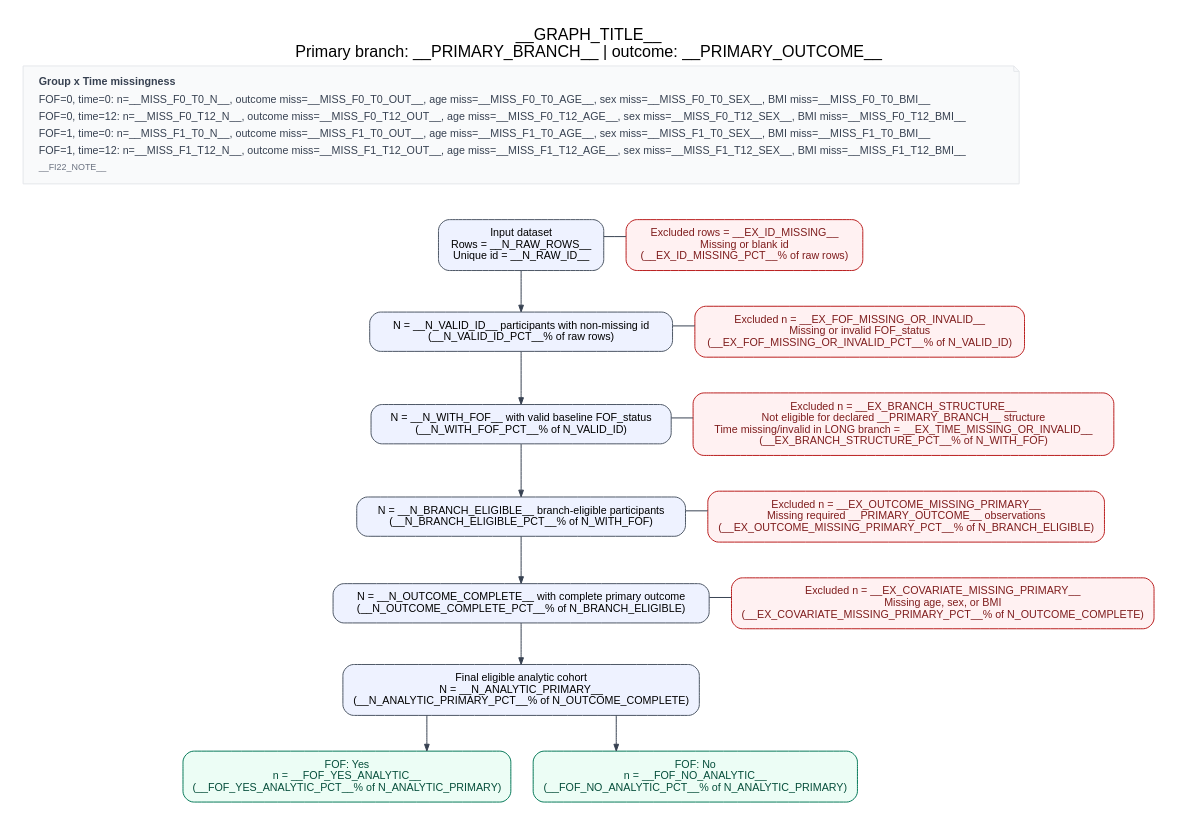
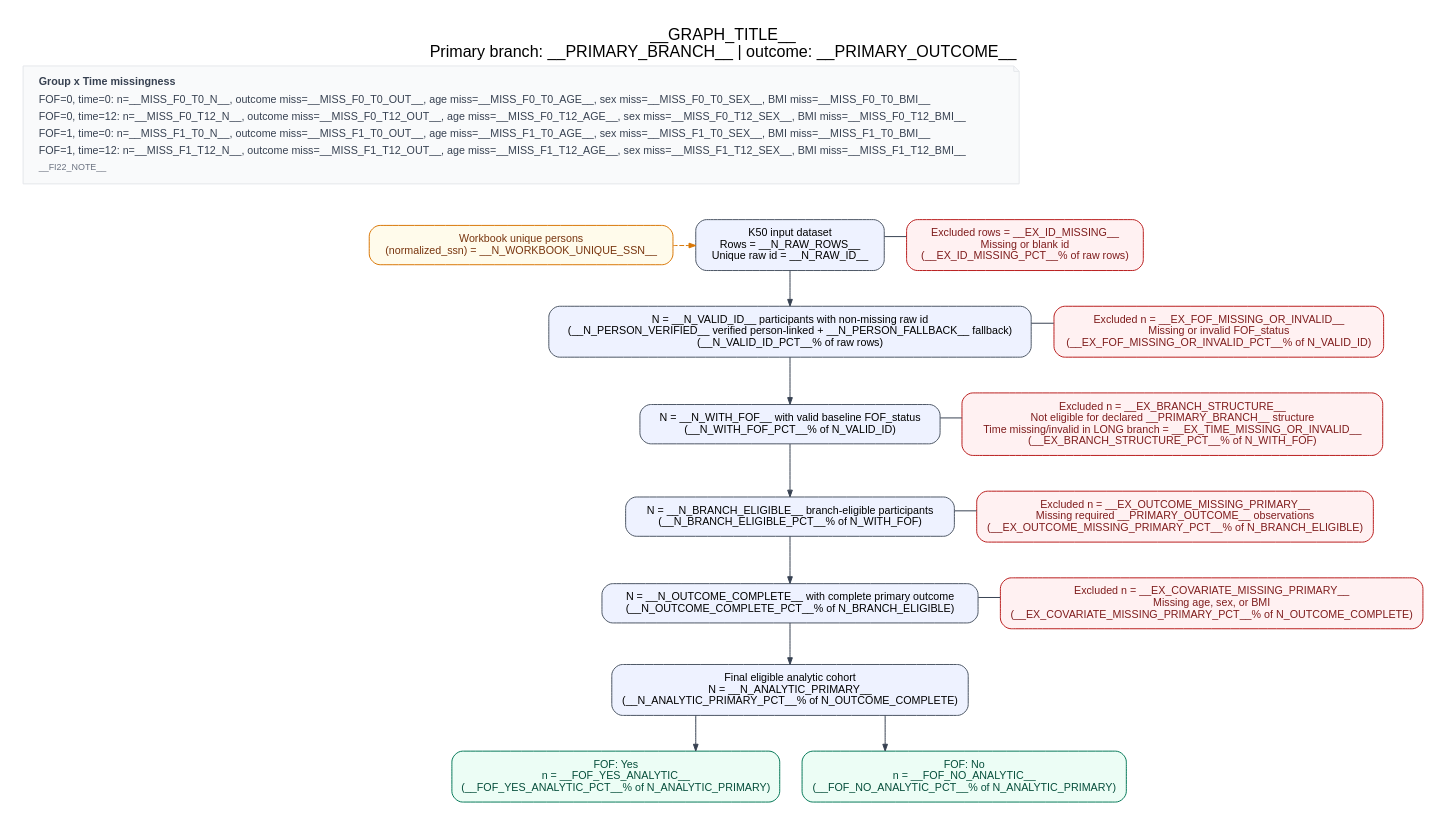
The diagram in Fear-of-Falling/diagram/paper_01_cohort_flow.dot (Tupatuko2023/Python-R-Scripts), drawn with Graphviz before and after one commit. The commit also changed 3 other files, not shown here.

First line of the commit message:
K50 cohort-flow: clarify raw-id continuity and person-linkage breakdown (#130)

```diff
--- a/Fear-of-Falling/diagram/paper_01_cohort_flow.dot
+++ b/Fear-of-Falling/diagram/paper_01_cohort_flow.dot
@@ -1,156 +1,164 @@
 digraph PAPER01_Cohort_Flow {
   graph [
     label="__GRAPH_TITLE__\nPrimary branch: __PRIMARY_BRANCH__ | outcome: __PRIMARY_OUTCOME__\n",
     labelloc="t",
     fontsize=18,
     fontname="Helvetica",
     rankdir=TB,
     bgcolor="white",
     splines=ortho,
     nodesep=0.35,
     ranksep=0.55,
     pad="0.25"
   ];
 
   node [
     shape=box,
     style="rounded,filled",
     fontname="Helvetica",
     fontsize=12,
     color="#4b5563",
     penwidth=1.1,
     margin="0.18,0.12"
   ];
 
   edge [
     color="#374151",
     penwidth=1.1,
     arrowsize=0.75
   ];
 
   note_missing [
     label=<
       <TABLE BORDER="0" CELLBORDER="0" CELLPADDING="2">
         <TR><TD ALIGN="LEFT"><B>Group x Time missingness</B></TD></TR>
         <TR><TD ALIGN="LEFT">FOF=0, time=0: n=__MISS_F0_T0_N__, outcome miss=__MISS_F0_T0_OUT__, age miss=__MISS_F0_T0_AGE__, sex miss=__MISS_F0_T0_SEX__, BMI miss=__MISS_F0_T0_BMI__</TD></TR>
         <TR><TD ALIGN="LEFT">FOF=0, time=12: n=__MISS_F0_T12_N__, outcome miss=__MISS_F0_T12_OUT__, age miss=__MISS_F0_T12_AGE__, sex miss=__MISS_F0_T12_SEX__, BMI miss=__MISS_F0_T12_BMI__</TD></TR>
         <TR><TD ALIGN="LEFT">FOF=1, time=0: n=__MISS_F1_T0_N__, outcome miss=__MISS_F1_T0_OUT__, age miss=__MISS_F1_T0_AGE__, sex miss=__MISS_F1_T0_SEX__, BMI miss=__MISS_F1_T0_BMI__</TD></TR>
         <TR><TD ALIGN="LEFT">FOF=1, time=12: n=__MISS_F1_T12_N__, outcome miss=__MISS_F1_T12_OUT__, age miss=__MISS_F1_T12_AGE__, sex miss=__MISS_F1_T12_SEX__, BMI miss=__MISS_F1_T12_BMI__</TD></TR>
         <TR><TD ALIGN="LEFT"><FONT POINT-SIZE="10" COLOR="#6b7280">__FI22_NOTE__</FONT></TD></TR>
       </TABLE>
     >,
     shape=note,
     style="filled",
     fillcolor="#f9fafb",
     color="#e5e7eb",
     fontcolor="#374151"
   ];
 
+  wb1 [
+    label="Workbook unique persons\n(normalized_ssn) = __N_WORKBOOK_UNIQUE_SSN__",
+    fillcolor="#fffbeb",
+    color="#d97706",
+    fontcolor="#78350f"
+  ];
+
   n1 [
-    label="Input dataset\nRows = __N_RAW_ROWS__\nUnique id = __N_RAW_ID__",
+    label="K50 input dataset\nRows = __N_RAW_ROWS__\nUnique raw id = __N_RAW_ID__",
     fillcolor="#eef2ff"
   ];
 
   e_id [
     label="Excluded rows = __EX_ID_MISSING__\nMissing or blank id\n(__EX_ID_MISSING_PCT__% of raw rows)",
     fillcolor="#fff1f2",
     color="#b91c1c",
     fontcolor="#7f1d1d"
   ];
 
   n2 [
-    label="N = __N_VALID_ID__ participants with non-missing id\n(__N_VALID_ID_PCT__% of raw rows)",
+    label="N = __N_VALID_ID__ participants with non-missing raw id\n(__N_PERSON_VERIFIED__ verified person-linked + __N_PERSON_FALLBACK__ fallback)\n(__N_VALID_ID_PCT__% of raw rows)",
     fillcolor="#eef2ff"
   ];
 
   e1 [
     label="Excluded n = __EX_FOF_MISSING_OR_INVALID__\nMissing or invalid FOF_status\n(__EX_FOF_MISSING_OR_INVALID_PCT__% of N_VALID_ID)",
     fillcolor="#fff1f2",
     color="#b91c1c",
     fontcolor="#7f1d1d"
   ];
 
   n3 [
     label="N = __N_WITH_FOF__ with valid baseline FOF_status\n(__N_WITH_FOF_PCT__% of N_VALID_ID)",
     fillcolor="#eef2ff"
   ];
 
   e2 [
     label="Excluded n = __EX_BRANCH_STRUCTURE__\nNot eligible for declared __PRIMARY_BRANCH__ structure\nTime missing/invalid in LONG branch = __EX_TIME_MISSING_OR_INVALID__\n(__EX_BRANCH_STRUCTURE_PCT__% of N_WITH_FOF)",
     fillcolor="#fff1f2",
     color="#b91c1c",
     fontcolor="#7f1d1d"
   ];
 
   n4 [
     label="N = __N_BRANCH_ELIGIBLE__ branch-eligible participants\n(__N_BRANCH_ELIGIBLE_PCT__% of N_WITH_FOF)",
     fillcolor="#eef2ff"
   ];
 
   e3 [
     label="Excluded n = __EX_OUTCOME_MISSING_PRIMARY__\nMissing required __PRIMARY_OUTCOME__ observations\n(__EX_OUTCOME_MISSING_PRIMARY_PCT__% of N_BRANCH_ELIGIBLE)",
     fillcolor="#fff1f2",
     color="#b91c1c",
     fontcolor="#7f1d1d"
   ];
 
   n5 [
     label="N = __N_OUTCOME_COMPLETE__ with complete primary outcome\n(__N_OUTCOME_COMPLETE_PCT__% of N_BRANCH_ELIGIBLE)",
     fillcolor="#eef2ff"
   ];
 
   e4 [
     label="Excluded n = __EX_COVARIATE_MISSING_PRIMARY__\nMissing age, sex, or BMI\n(__EX_COVARIATE_MISSING_PRIMARY_PCT__% of N_OUTCOME_COMPLETE)",
     fillcolor="#fff1f2",
     color="#b91c1c",
     fontcolor="#7f1d1d"
   ];
 
   n6 [
     label="Final eligible analytic cohort\nN = __N_ANALYTIC_PRIMARY__\n(__N_ANALYTIC_PRIMARY_PCT__% of N_OUTCOME_COMPLETE)",
     fillcolor="#eef2ff"
   ];
 
   g1 [
     label="FOF: Yes\nn = __FOF_YES_ANALYTIC__\n(__FOF_YES_ANALYTIC_PCT__% of N_ANALYTIC_PRIMARY)",
     fillcolor="#ecfdf5",
     color="#047857",
     fontcolor="#064e3b"
   ];
 
   g2 [
     label="FOF: No\nn = __FOF_NO_ANALYTIC__\n(__FOF_NO_ANALYTIC_PCT__% of N_ANALYTIC_PRIMARY)",
     fillcolor="#ecfdf5",
     color="#047857",
     fontcolor="#064e3b"
   ];
 
+  wb1 -> n1 [style=dashed, color="#d97706", constraint=false];
   n1 -> n2 [constraint=true];
   n2 -> n3 [constraint=true];
   n3 -> n4 [constraint=true];
   n4 -> n5 [constraint=true];
   n5 -> n6 [constraint=true];
   n6 -> g1;
   n6 -> g2;
 
   n1 -> e_id [dir=none, constraint=false];
   n2 -> e1 [dir=none, constraint=false];
   n3 -> e2 [dir=none, constraint=false];
   n4 -> e3 [dir=none, constraint=false];
   n5 -> e4 [dir=none, constraint=false];
 
-  { rank=same; n1; e_id; }
+  { rank=same; wb1; n1; e_id; }
   { rank=same; n2; e1; }
   { rank=same; n3; e2; }
   { rank=same; n4; e3; }
   { rank=same; n5; e4; }
   { rank=same; g1; g2; }
 
   n1 -> e_id [style=invis, weight=10];
   n2 -> e1 [style=invis, weight=10];
   n3 -> e2 [style=invis, weight=10];
   n4 -> e3 [style=invis, weight=10];
   n5 -> e4 [style=invis, weight=10];
   g1 -> g2 [style=invis, weight=1];
-  note_missing -> n1 [style=invis, weight=1];
+  note_missing -> wb1 [style=invis, weight=1];
 }
```
